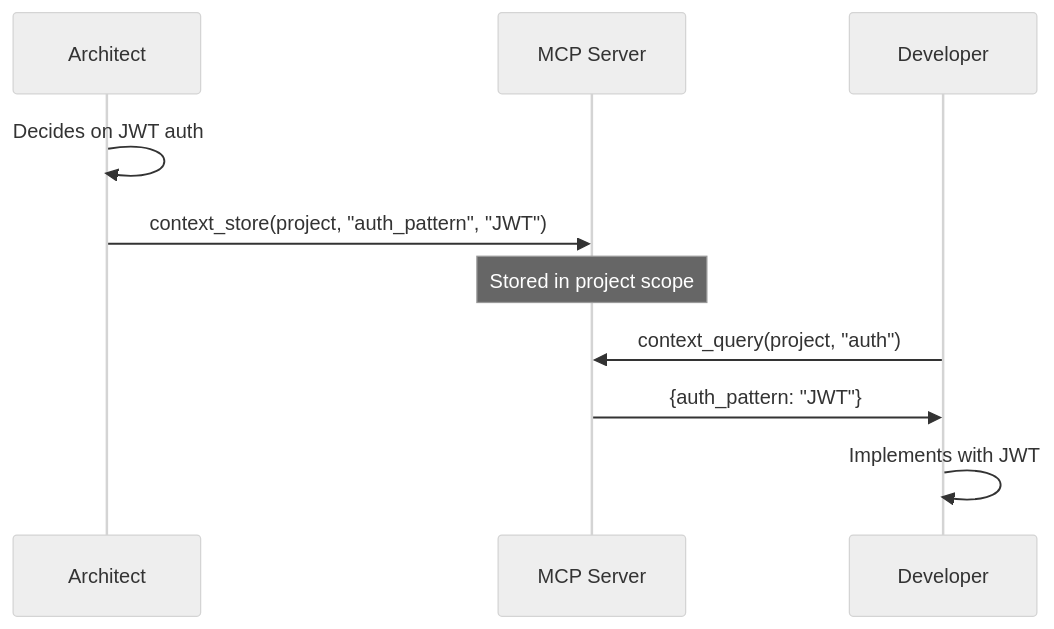
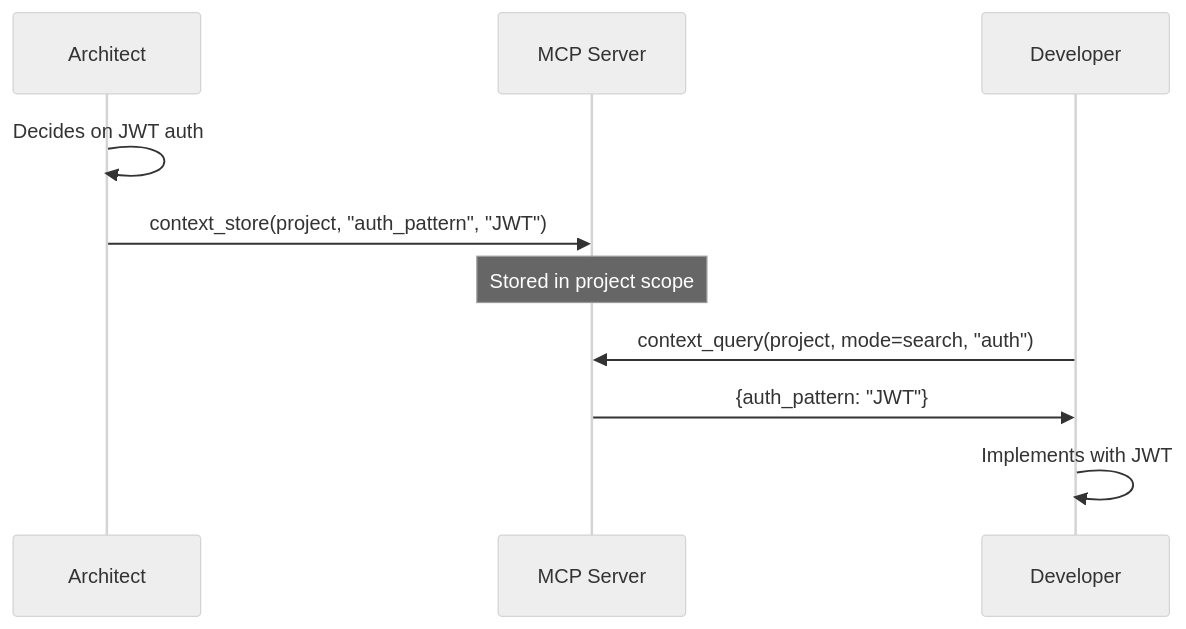
The second of 4 diagrams in docs/context-management.md (ia64mail/quorum), drawn with Mermaid (neutral theme) before and after one commit. The commit also changed other lines of this file and 3 other files, not shown here.

````diff
--- a/docs/context-management.md
+++ b/docs/context-management.md
@@ -381,15 +236,15 @@
 ```mermaid
 sequenceDiagram
     participant A as Architect
     participant MCP as MCP Server
     participant D as Developer
 
     A->>A: Decides on JWT auth
     A->>MCP: context_store(project, "auth_pattern", "JWT")
 
     Note over MCP: Stored in project scope
 
-    D->>MCP: context_query(project, "auth")
+    D->>MCP: context_query(project, mode=search, "auth")
     MCP->>D: {auth_pattern: "JWT"}
     D->>D: Implements with JWT
 ```
````
